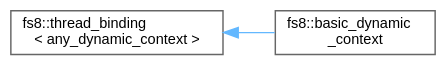
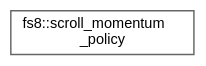
The diagram in api/inherit_graph_103.dot (the-moisrex/foresight), drawn with Graphviz before and after one commit. The commit also changed 212 other files, not shown here.

```diff
--- a/api/inherit_graph_103.dot
+++ b/api/inherit_graph_103.dot
@@ -1,11 +1,9 @@
 digraph "Graphical Class Hierarchy"
 {
  // LATEX_PDF_SIZE
   bgcolor="transparent";
   edge [fontname=Helvetica,fontsize=10,labelfontname=Helvetica,labelfontsize=10];
   node [fontname=Helvetica,fontsize=10,shape=box,height=0.2,width=0.4];
   rankdir="LR";
-  Node0 [id="Node000000",label="fs8::thread_binding\l\< any_dynamic_context \>",height=0.2,width=0.4,color="grey40", fillcolor="white", style="filled",URL="$structfs8_1_1thread__binding.html",tooltip=" "];
-  Node0 -> Node1 [id="edge124_Node000000_Node000001",dir="back",color="steelblue1",style="solid",tooltip=" "];
-  Node1 [id="Node000001",label="fs8::basic_dynamic\l_context",height=0.2,width=0.4,color="grey40", fillcolor="white", style="filled",URL="$structfs8_1_1basic__dynamic__context.html",tooltip=" "];
+  Node0 [id="Node000000",label="fs8::scroll_momentum\l_policy",height=0.2,width=0.4,color="grey40", fillcolor="white", style="filled",URL="$structfs8_1_1scroll__momentum__policy.html",tooltip=" "];
 }
```
